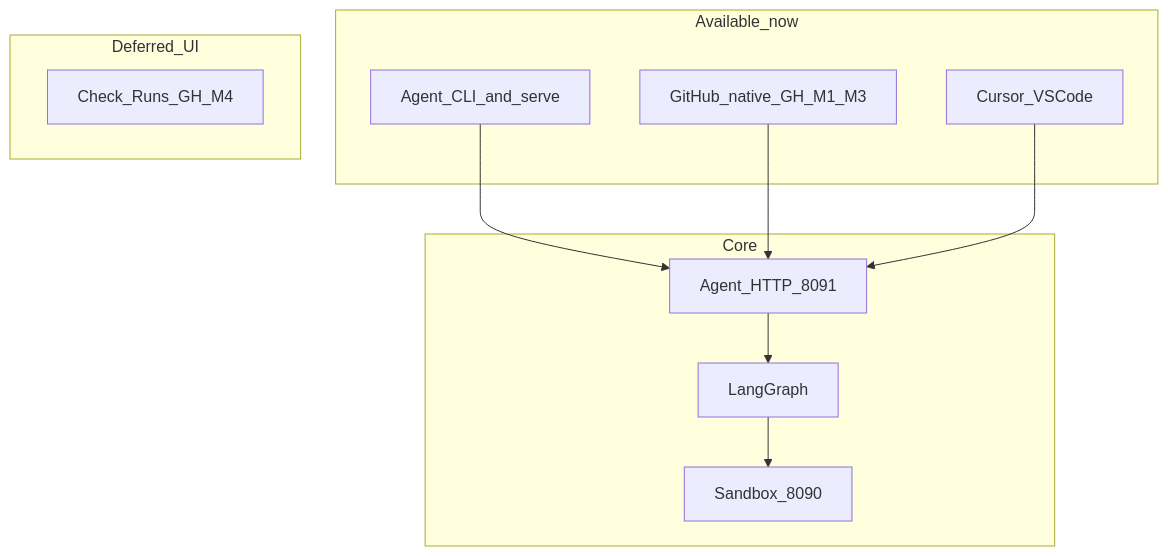
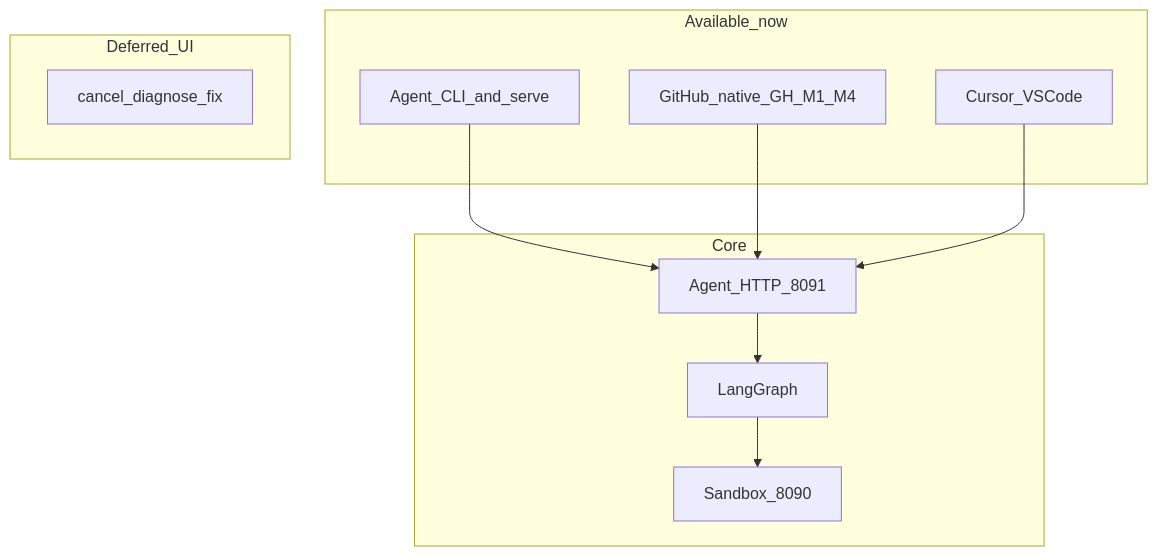
Before and after one commit to AWaleed-Ahmed/Raphael: the diagram in interface/README.md, drawn with Mermaid. The commit also changed other lines of this file and 16 other files, not shown here.

First line of the commit message:
feat(agent): add advisory GitHub Check Runs (GH-M4)

````diff
--- a/interface/README.md
+++ b/interface/README.md
@@ -158,21 +161,21 @@
 ```mermaid
 flowchart TB
   subgraph now [Available_now]
     CLI[Agent_CLI_and_serve]
-    GH[GitHub_native_GH_M1_M3]
+    GH[GitHub_native_GH_M1_M4]
     IDE[Cursor_VSCode]
   end
   subgraph later [Deferred_UI]
-    GH2[Check_Runs_GH_M4]
+    GH2[cancel_diagnose_fix]
   end
   subgraph core [Core]
     API[Agent_HTTP_8091]
     AG[LangGraph]
     SB[Sandbox_8090]
   end
   CLI --> API
   GH --> API
   IDE --> API
   API --> AG
   AG --> SB
 ```
````
